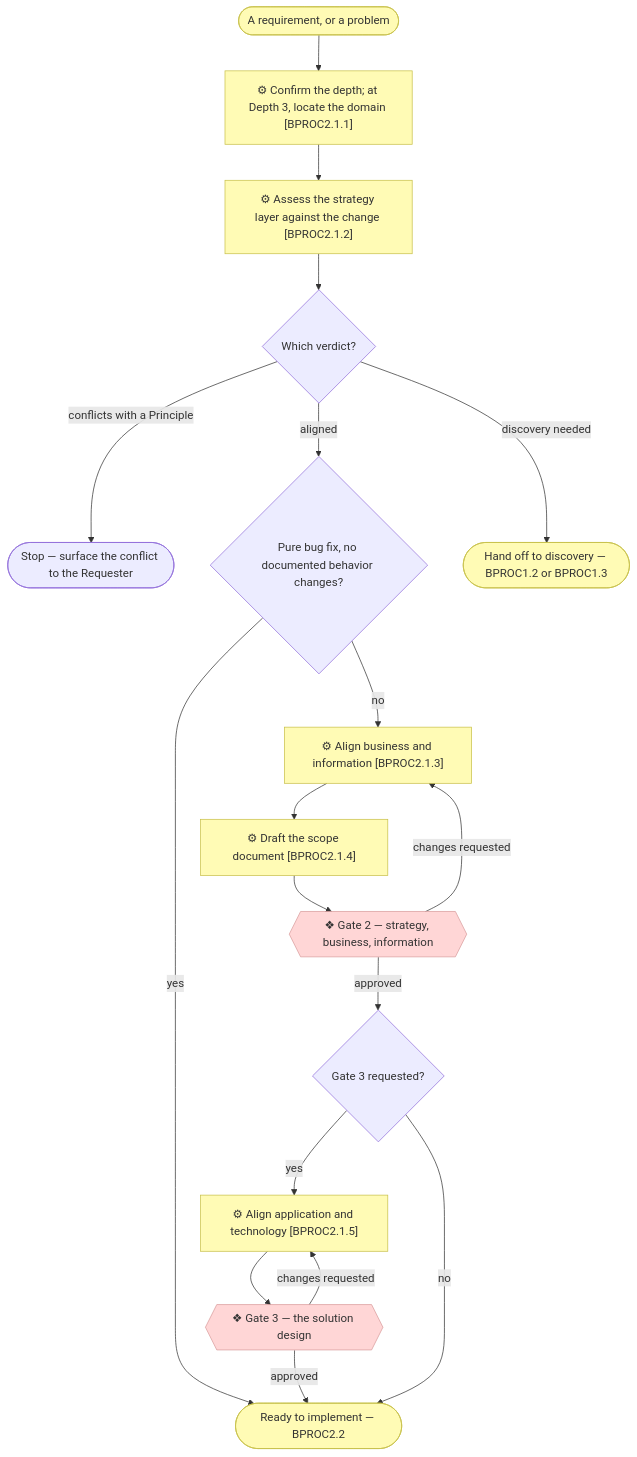
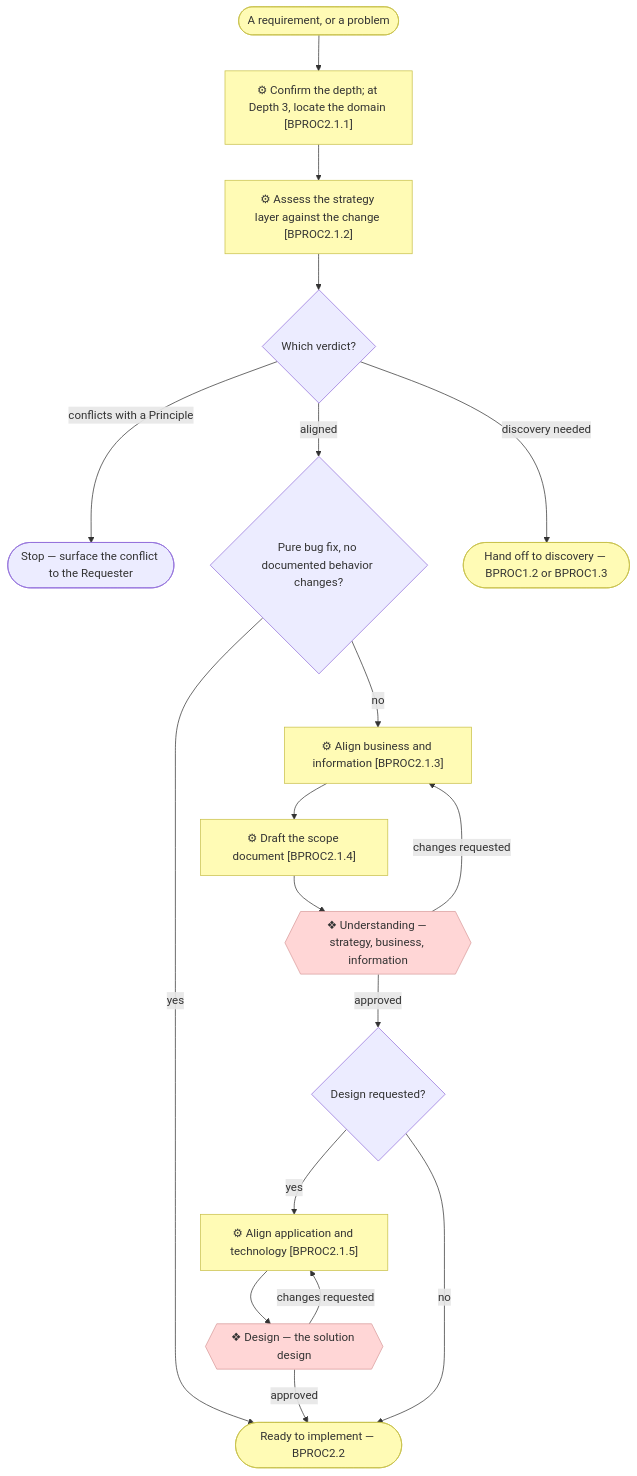
One commit to roanboc/archreator changed the diagram in docs/process/3_level-3-align-a-change.md. Above: the diagram before and after it, drawn with Mermaid. The commit also changed other lines of this file and 32 other files, not shown here.

````diff
--- a/docs/process/3_level-3-align-a-change.md
+++ b/docs/process/3_level-3-align-a-change.md
@@ -9,35 +9,35 @@
 ```mermaid
 flowchart TD
   req(["A requirement, or a problem"])
   depth["⚙ Confirm the depth; at Depth 3, locate the domain [BPROC2.1.1]"]
   assess["⚙ Assess the strategy layer against the change [BPROC2.1.2]"]
   verdict{"Which verdict?"}
   stop(["Stop — surface the conflict to the Requester"])
   bugfix{"Pure bug fix, no documented behavior changes?"}
   walk23["⚙ Align business and information [BPROC2.1.3]"]
   scope["⚙ Draft the scope document [BPROC2.1.4]"]
-  g2{{"❖ Gate 2 — strategy, business, information"}}
-  opt{"Gate 3 requested?"}
+  g2{{"❖ Understanding — strategy, business, information"}}
+  opt{"Design requested?"}
   walk45["⚙ Align application and technology [BPROC2.1.5]"]
-  g3{{"❖ Gate 3 — the solution design"}}
+  g3{{"❖ Design — the solution design"}}
   out(["Ready to implement — BPROC2.2"])
   disc(["Hand off to discovery — BPROC1.2 or BPROC1.3"])
 
   req --> depth --> assess --> verdict
   verdict -->|discovery needed| disc
   verdict -->|conflicts with a Principle| stop
   verdict -->|aligned| bugfix
   bugfix -->|yes| out
   bugfix -->|no| walk23 --> scope --> g2
   g2 -->|changes requested| walk23
   g2 -->|approved| opt
   opt -->|yes| walk45 --> g3
   g3 -->|changes requested| walk45
   g3 -->|approved| out
   opt -->|no| out
 
   classDef business fill:#fffbb5,stroke:#c8c04a,color:#333
   classDef implementation fill:#ffd6d6,stroke:#d99b9b,color:#333
   class depth,assess,walk23,scope,walk45,req,out,disc business
   class g2,g3 implementation
 ```
````
